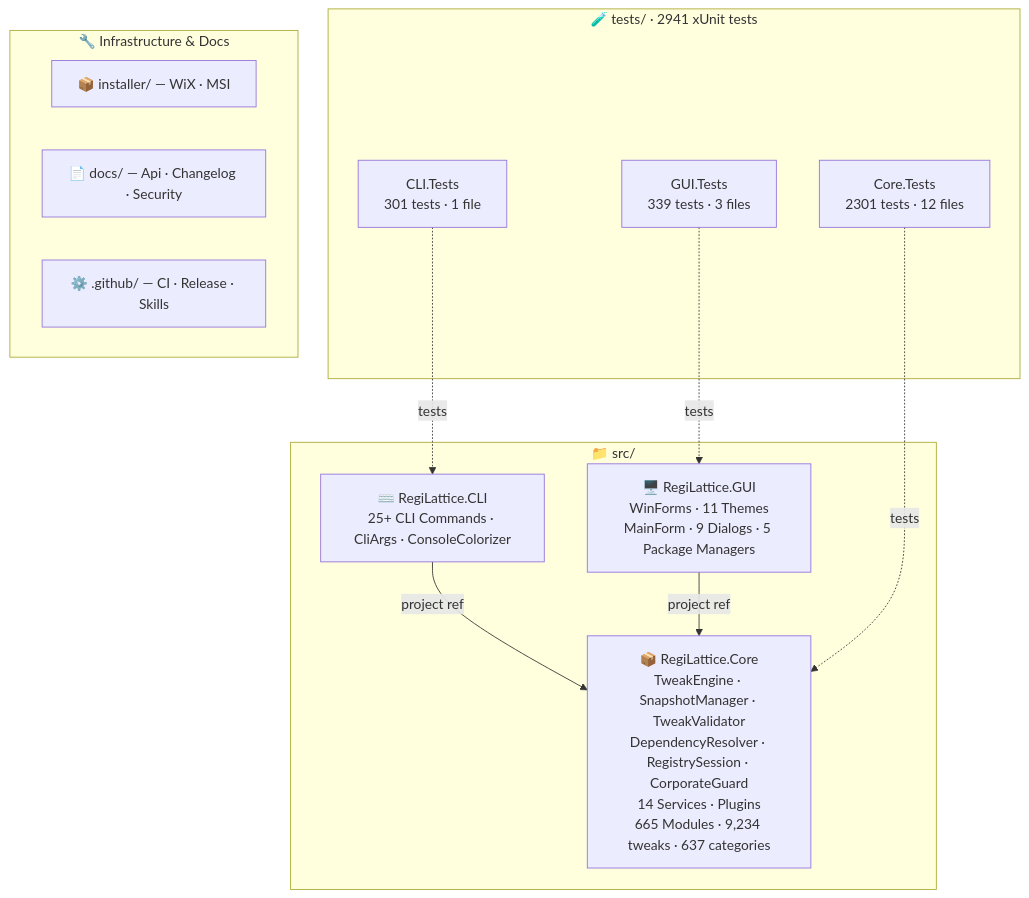
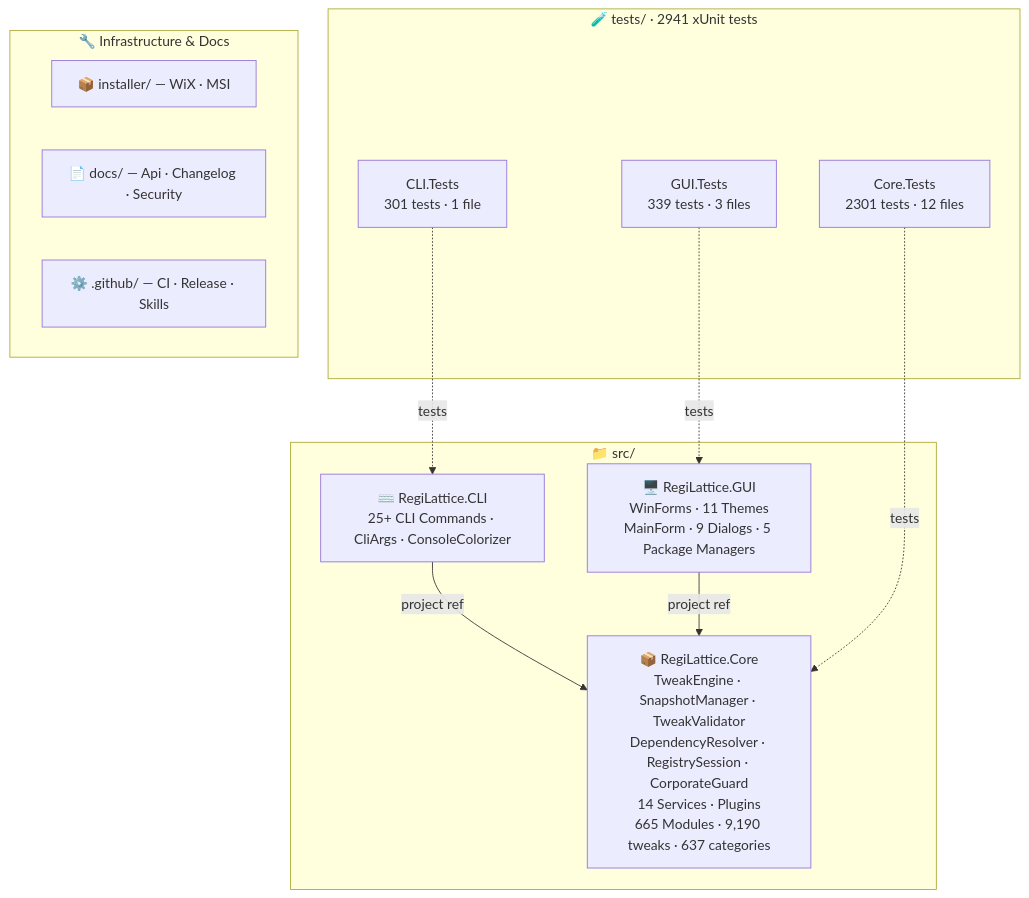
The second of 2 diagrams in README.md (RajwanYair/RegiLattice), drawn with Mermaid before and after one commit. The commit also changed other lines of this file and 19 other files, not shown here.

````diff
--- a/README.md
+++ b/README.md
@@ -255,26 +255,26 @@
 ```mermaid
 graph TD
     subgraph SRC["📁 src/"]
-        CORE["📦 RegiLattice.Core<br/>TweakEngine · SnapshotManager · TweakValidator<br/>DependencyResolver · RegistrySession · CorporateGuard<br/>14 Services · Plugins<br/>665 Modules · 9,234 tweaks · 637 categories"]
+        CORE["📦 RegiLattice.Core<br/>TweakEngine · SnapshotManager · TweakValidator<br/>DependencyResolver · RegistrySession · CorporateGuard<br/>14 Services · Plugins<br/>665 Modules · 9,190 tweaks · 637 categories"]
         GUI["🖥️ RegiLattice.GUI<br/>WinForms · 11 Themes<br/>MainForm · 9 Dialogs · 5 Package Managers"]
         CLI["⌨️ RegiLattice.CLI<br/>25+ CLI Commands · CliArgs · ConsoleColorizer"]
     end
 
     subgraph TST["🧪 tests/  ·  2941 xUnit tests"]
         CT["Core.Tests<br/>2301 tests · 12 files"]
         CLT["CLI.Tests<br/>301 tests · 1 file"]
         GT["GUI.Tests<br/>339 tests · 3 files"]
     end
 
     subgraph INFRA["🔧 Infrastructure & Docs"]
         INST["📦 installer/ — WiX · MSI"]
         DOCS["📄 docs/ — Api · Changelog · Security"]
         GH["⚙️ .github/ — CI · Release · Skills"]
     end
 
     CLI -->|project ref| CORE
     GUI -->|project ref| CORE
     CT -.->|tests| CORE
     CLT -.->|tests| CLI
     GT -.->|tests| GUI
 ```
````
